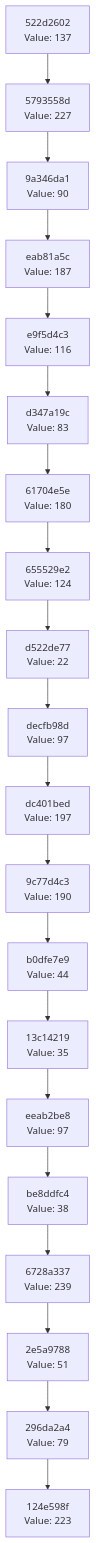
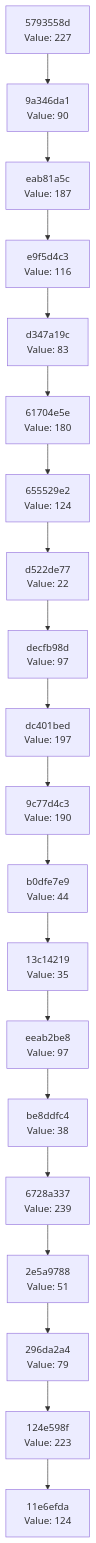
The diagram in docs/CHAIN_VISUALIZATION.md (Abhisheksinha1506/hash-chain-evolver), drawn with Mermaid before and after one commit. The commit also changed 3 other files, not shown here.

````diff
--- a/docs/CHAIN_VISUALIZATION.md
+++ b/docs/CHAIN_VISUALIZATION.md
@@ -3,42 +3,42 @@
 ```mermaid
 graph TD
-    C0["124e598f<br/>Value: 223"]
-    C1["296da2a4<br/>Value: 79"]
+    C0["11e6efda<br/>Value: 124"]
+    C1["124e598f<br/>Value: 223"]
     C1 --> C0
-    C2["2e5a9788<br/>Value: 51"]
+    C2["296da2a4<br/>Value: 79"]
     C2 --> C1
-    C3["6728a337<br/>Value: 239"]
+    C3["2e5a9788<br/>Value: 51"]
     C3 --> C2
-    C4["be8ddfc4<br/>Value: 38"]
+    C4["6728a337<br/>Value: 239"]
     C4 --> C3
-    C5["eeab2be8<br/>Value: 97"]
+    C5["be8ddfc4<br/>Value: 38"]
     C5 --> C4
-    C6["13c14219<br/>Value: 35"]
+    C6["eeab2be8<br/>Value: 97"]
     C6 --> C5
-    C7["b0dfe7e9<br/>Value: 44"]
+    C7["13c14219<br/>Value: 35"]
     C7 --> C6
-    C8["9c77d4c3<br/>Value: 190"]
+    C8["b0dfe7e9<br/>Value: 44"]
     C8 --> C7
-    C9["dc401bed<br/>Value: 197"]
+    C9["9c77d4c3<br/>Value: 190"]
     C9 --> C8
-    C10["decfb98d<br/>Value: 97"]
+    C10["dc401bed<br/>Value: 197"]
     C10 --> C9
-    C11["d522de77<br/>Value: 22"]
+    C11["decfb98d<br/>Value: 97"]
     C11 --> C10
-    C12["655529e2<br/>Value: 124"]
+    C12["d522de77<br/>Value: 22"]
     C12 --> C11
-    C13["61704e5e<br/>Value: 180"]
+    C13["655529e2<br/>Value: 124"]
     C13 --> C12
-    C14["d347a19c<br/>Value: 83"]
+    C14["61704e5e<br/>Value: 180"]
     C14 --> C13
-    C15["e9f5d4c3<br/>Value: 116"]
+    C15["d347a19c<br/>Value: 83"]
     C15 --> C14
-    C16["eab81a5c<br/>Value: 187"]
+    C16["e9f5d4c3<br/>Value: 116"]
     C16 --> C15
-    C17["9a346da1<br/>Value: 90"]
+    C17["eab81a5c<br/>Value: 187"]
     C17 --> C16
-    C18["5793558d<br/>Value: 227"]
+    C18["9a346da1<br/>Value: 90"]
     C18 --> C17
-    C19["522d2602<br/>Value: 137"]
+    C19["5793558d<br/>Value: 227"]
     C19 --> C18
 ```
````
